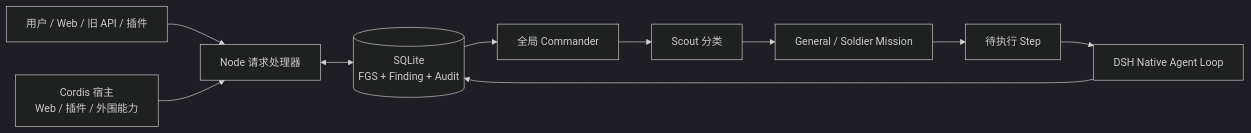
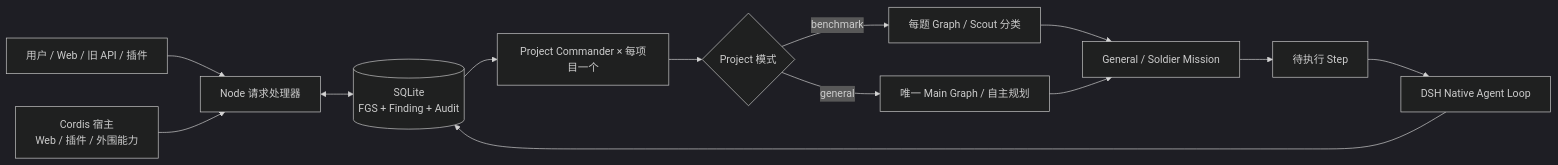
One commit to 0X6C7879/RedTrace changed the diagram in README.md. Above: the diagram before and after it, drawn with Mermaid (dark theme). The commit also changed other lines of this file and 51 other files, not shown here.

Commit message:
feat: add per-project Commander and dual graph modes

````diff
--- a/README.md
+++ b/README.md
@@ -28,12 +28,15 @@
 ```mermaid
 flowchart LR
     U[用户 / Web / 旧 API / 插件] --> N[Node 请求处理器]
     N <--> DB[(SQLite<br/>FGS + Finding + Audit)]
-    DB --> D[全局 Commander]
-    D --> SC[Scout 分类]
+    DB --> D[Project Commander × 每项目一个]
+    D --> B{Project 模式}
+    B -->|benchmark| SC[每题 Graph / Scout 分类]
+    B -->|general| M[唯一 Main Graph / 自主规划]
     SC --> G[General / Soldier Mission]
+    M --> G
     G --> S[待执行 Step]
     S --> E[DSH Native Agent Loop]
     E --> DB
     C[Cordis 宿主<br/>Web / 插件 / 外围能力] --> N
 ```
````
